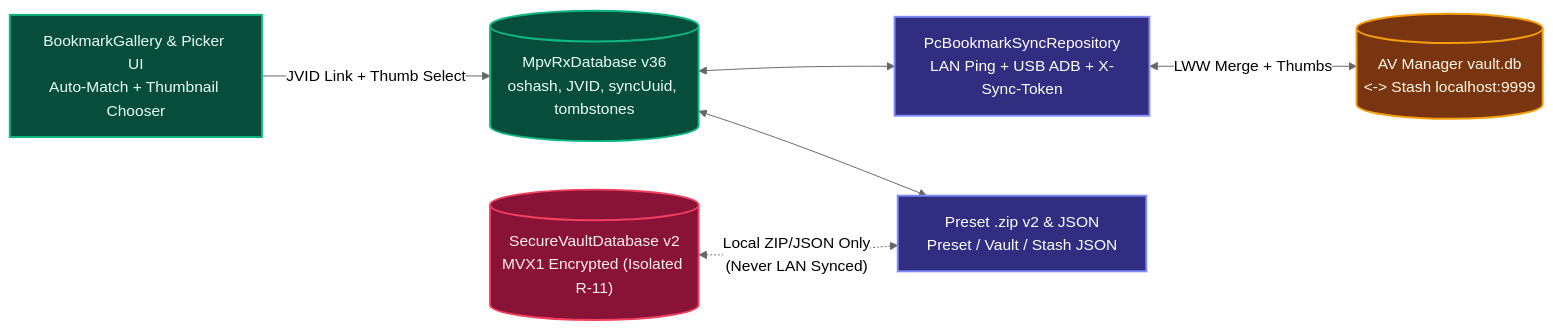
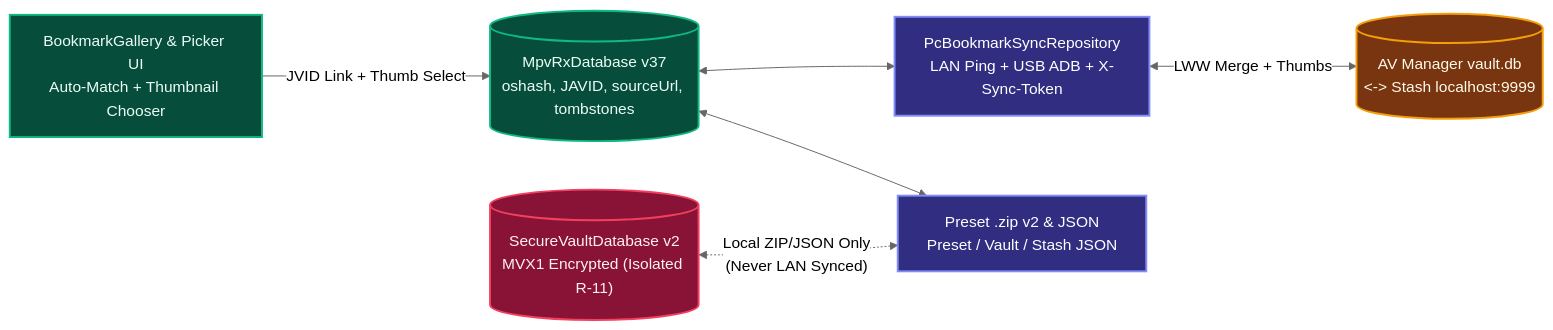
Before and after one commit to Mostakim2005/mpvRx: the ninth of 9 diagrams in docs/ARCHITECTURE.md, drawn with Mermaid (neutral theme). The commit also changed other lines of this file and 7 other files, not shown here.

````diff
--- a/docs/ARCHITECTURE.md
+++ b/docs/ARCHITECTURE.md
@@ -338,19 +343,19 @@
 ```mermaid
 flowchart LR
     classDef publicDb fill:#064e3b,stroke:#10b981,stroke-width:2px,color:#ecfdf5
     classDef secureDb fill:#881337,stroke:#f43f5e,stroke-width:2px,color:#fff1f2
     classDef syncNode fill:#312e81,stroke:#818cf8,stroke-width:2px,color:#ffffff
     classDef pcHub fill:#78350f,stroke:#f59e0b,stroke-width:2px,color:#fffbeb
 
-    PublicDB[("MpvRxDatabase v36\noshash, JVID, syncUuid, tombstones")]:::publicDb
+    PublicDB[("MpvRxDatabase v37\noshash, JAVID, sourceUrl, tombstones")]:::publicDb
     SecureDB[("SecureVaultDatabase v2\nMVX1 Encrypted (Isolated R-11)")]:::secureDb
     PresetV2["Preset .zip v2 & JSON\nPreset / Vault / Stash JSON"]:::syncNode
     SyncRepo["PcBookmarkSyncRepository\nLAN Ping + USB ADB + X-Sync-Token"]:::syncNode
     AvHub[("AV Manager vault.db\n<-> Stash localhost:9999")]:::pcHub
     OrphanUI["BookmarkGallery & Picker UI\nAuto-Match + Thumbnail Chooser"]:::publicDb
 
     PublicDB <--> SyncRepo <-->|LWW Merge + Thumbs| AvHub
     PublicDB <--> PresetV2
     SecureDB <-.->|"Local ZIP/JSON Only\n(Never LAN Synced)"| PresetV2
     OrphanUI -->|JVID Link + Thumb Select| PublicDB
 ```
````
